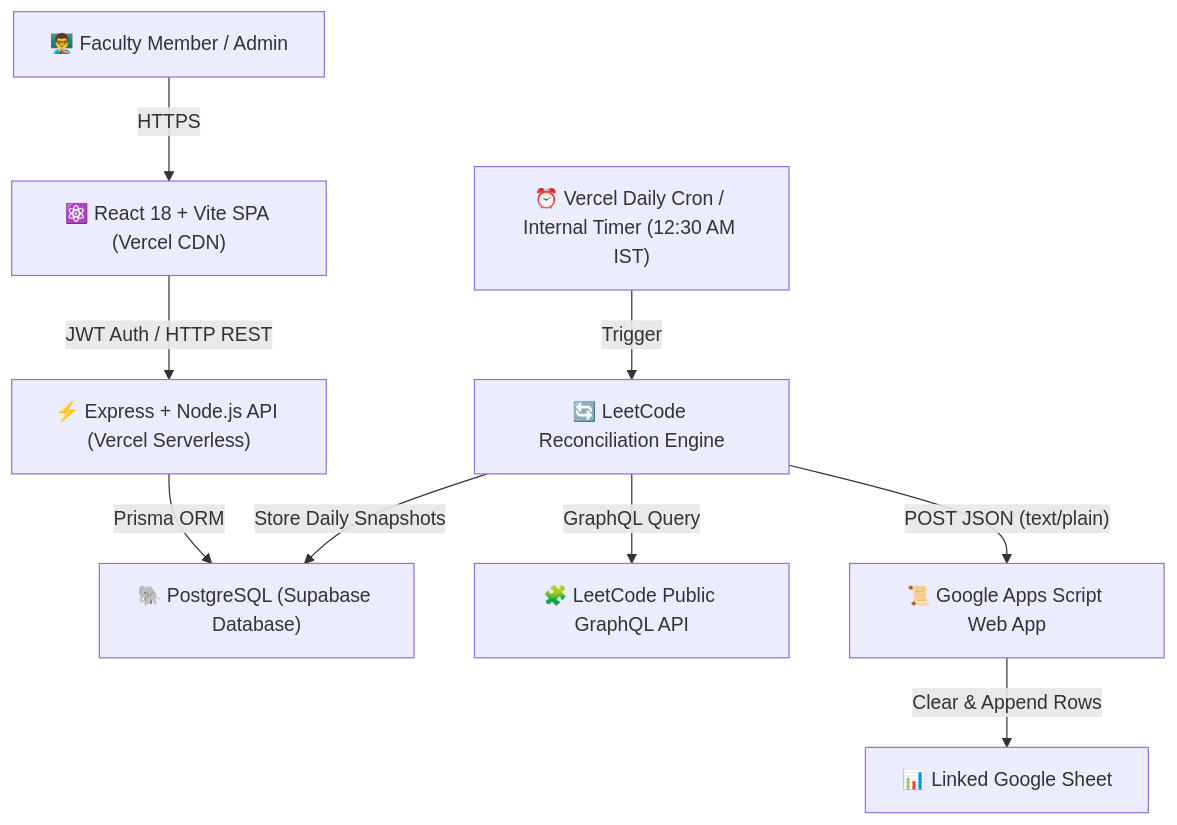
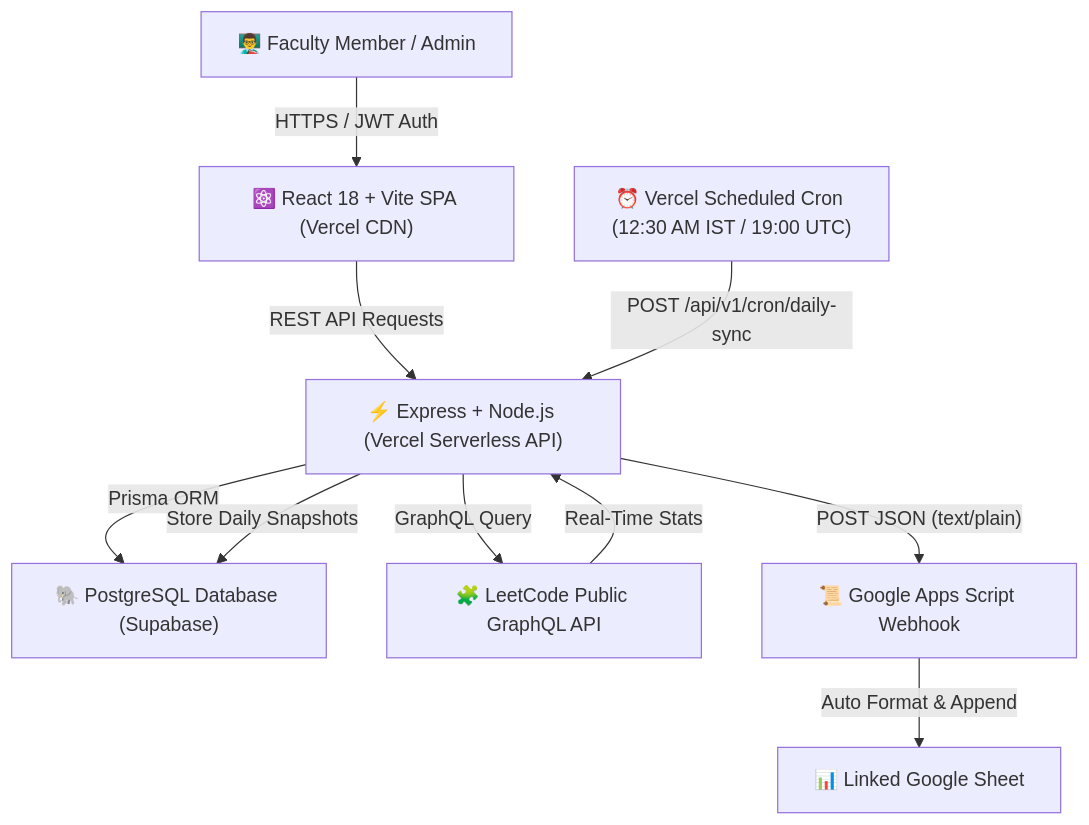
The diagram in README.md (Chandru9842/coding-progress-tracker), drawn with Mermaid before and after one commit. The commit also changed other lines of this file, not shown here.

Commit message:
docs: update README.md with comprehensive enterprise guide, apps script automation, and API reference

````diff
--- a/README.md
+++ b/README.md
@@ -29,12 +72,13 @@
 ```mermaid
 graph TD
-    User["👨‍🏫 Faculty Member / Admin"] -->|HTTPS| Frontend["⚛️ React 18 + Vite SPA (Vercel CDN)"]
-    Frontend -->|JWT Auth / HTTP REST| Backend["⚡ Express + Node.js API (Vercel Serverless)"]
-    Backend -->|Prisma ORM| Database["🐘 PostgreSQL (Supabase Database)"]
+    User["👨‍🏫 Faculty Member / Admin"] -->|HTTPS / JWT Auth| Client["⚛️ React 18 + Vite SPA (Vercel CDN)"]
+    Client -->|REST API Requests| Serverless["⚡ Express + Node.js (Vercel Serverless API)"]
+    Serverless -->|Prisma ORM| Database["🐘 PostgreSQL Database (Supabase)"]
     
-    Cron["⏰ Vercel Daily Cron / Internal Timer (12:30 AM IST)"] -->|Trigger| ReconcileEngine["🔄 LeetCode Reconciliation Engine"]
-    ReconcileEngine -->|GraphQL Query| LeetCode["🧩 LeetCode Public GraphQL API"]
-    ReconcileEngine -->|Store Daily Snapshots| Database
-    ReconcileEngine -->|"POST JSON (text/plain)"| AppsScript["📜 Google Apps Script Web App"]
-    AppsScript -->|Clear & Append Rows| GoogleSheet["📊 Linked Google Sheet"]
+    Cron["⏰ Vercel Scheduled Cron (12:30 AM IST / 19:00 UTC)"] -->|POST /api/v1/cron/daily-sync| Serverless
+    Serverless -->|GraphQL Query| LeetCode["🧩 LeetCode Public GraphQL API"]
+    LeetCode -->|Real-Time Stats| Serverless
+    Serverless -->|Store Daily Snapshots| Database
+    Serverless -->|"POST JSON (text/plain)"| Webhook["📜 Google Apps Script Webhook"]
+    Webhook -->|Auto Format & Append| Sheet["📊 Linked Google Sheet"]
 ```
````
